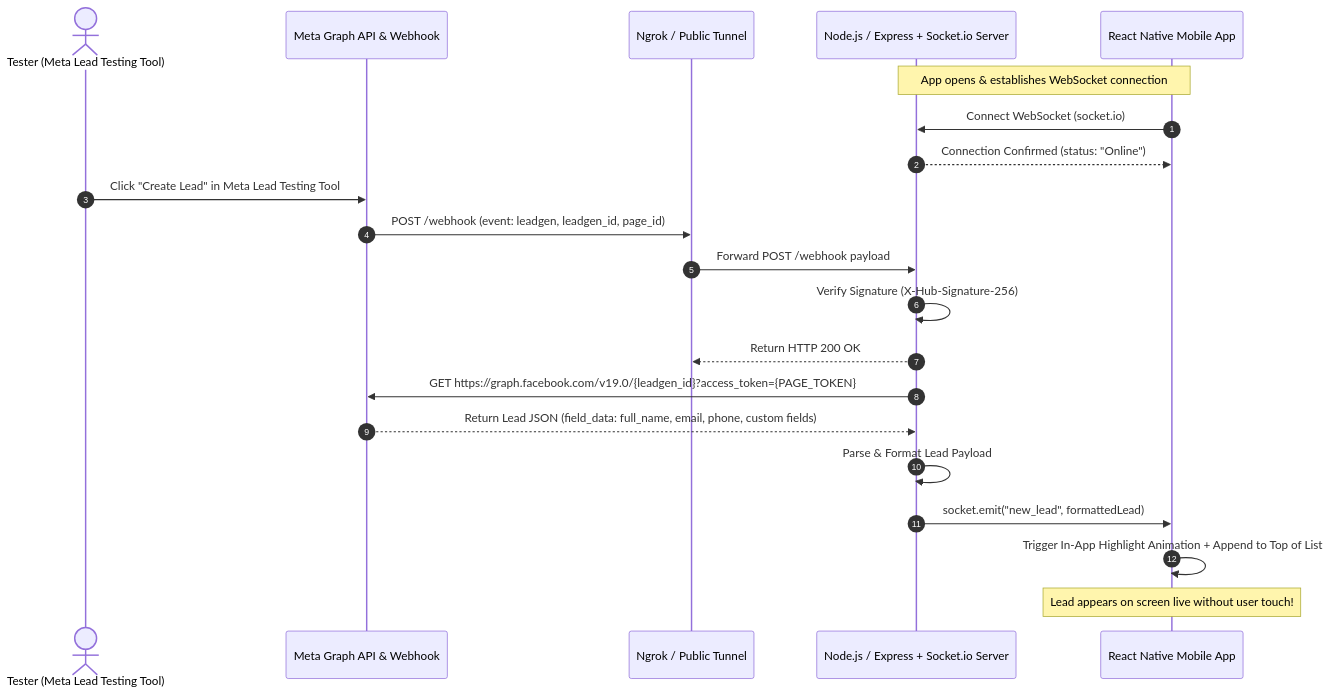
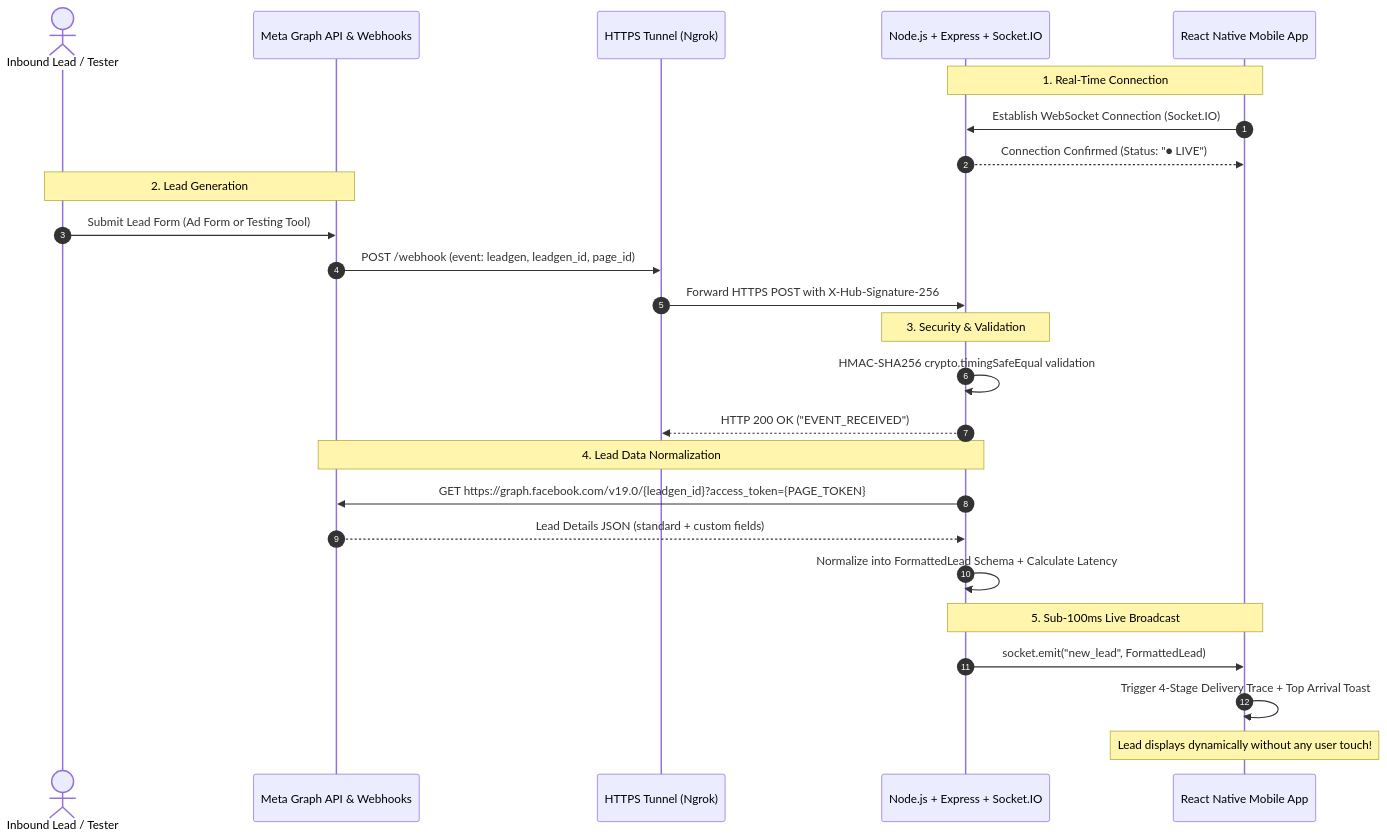
One commit to SachinManral/Meta-Leads changed the diagram in PRD.md. Above: the diagram before and after it, drawn with Mermaid. The commit also changed other lines of this file and 2 other files, not shown here.

````diff
--- a/PRD.md
+++ b/PRD.md
@@ -13,25 +21,32 @@
 ```mermaid
 sequenceDiagram
     autonumber
-    actor User as Tester (Meta Lead Testing Tool)
-    participant Meta as Meta Graph API & Webhook
-    participant Tunnel as Ngrok / Public Tunnel
-    participant Backend as Node.js / Express + Socket.io Server
-    participant App as React Native Mobile App
+    actor Customer as Inbound Lead / Tester
+    participant Meta as Meta Graph API & Webhooks
+    participant Tunnel as HTTPS Tunnel (Ngrok)
+    participant Backend as Node.js + Express + Socket.IO
+    participant Mobile as React Native Mobile App
 
-    Note over App,Backend: App opens & establishes WebSocket connection
-    App->>Backend: Connect WebSocket (socket.io)
-    Backend-->>App: Connection Confirmed (status: "Online")
+    Note over Mobile,Backend: 1. Real-Time Connection
+    Mobile->>Backend: Establish WebSocket Connection (Socket.IO)
+    Backend-->>Mobile: Connection Confirmed (Status: "● LIVE")
 
-    User->>Meta: Click "Create Lead" in Meta Lead Testing Tool
+    Note over Customer,Meta: 2. Lead Generation
+    Customer->>Meta: Submit Lead Form (Ad Form or Testing Tool)
     Meta->>Tunnel: POST /webhook (event: leadgen, leadgen_id, page_id)
-    Tunnel->>Backend: Forward POST /webhook payload
-    Backend->>Backend: Verify Signature (X-Hub-Signature-256)
-    Backend-->>Tunnel: Return HTTP 200 OK
+    Tunnel->>Backend: Forward HTTPS POST with X-Hub-Signature-256
+
+    Note over Backend: 3. Security & Validation
+    Backend->>Backend: HMAC-SHA256 crypto.timingSafeEqual validation
+    Backend-->>Tunnel: HTTP 200 OK ("EVENT_RECEIVED")
+
+    Note over Backend,Meta: 4. Lead Data Normalization
     Backend->>Meta: GET https://graph.facebook.com/v19.0/{leadgen_id}?access_token={PAGE_TOKEN}
-    Meta-->>Backend: Return Lead JSON (field_data: full_name, email, phone, custom fields)
-    Backend->>Backend: Parse & Format Lead Payload
-    Backend->>App: socket.emit("new_lead", formattedLead)
-    App->>App: Trigger In-App Highlight Animation + Append to Top of List
-    Note over App: Lead appears on screen live without user touch!
+    Meta-->>Backend: Lead Details JSON (standard + custom fields)
+    Backend->>Backend: Normalize into FormattedLead Schema + Calculate Latency
+
+    Note over Backend,Mobile: 5. Sub-100ms Live Broadcast
+    Backend->>Mobile: socket.emit("new_lead", FormattedLead)
+    Mobile->>Mobile: Trigger 4-Stage Delivery Trace + Top Arrival Toast
+    Note over Mobile: Lead displays dynamically without any user touch!
 ```
````
